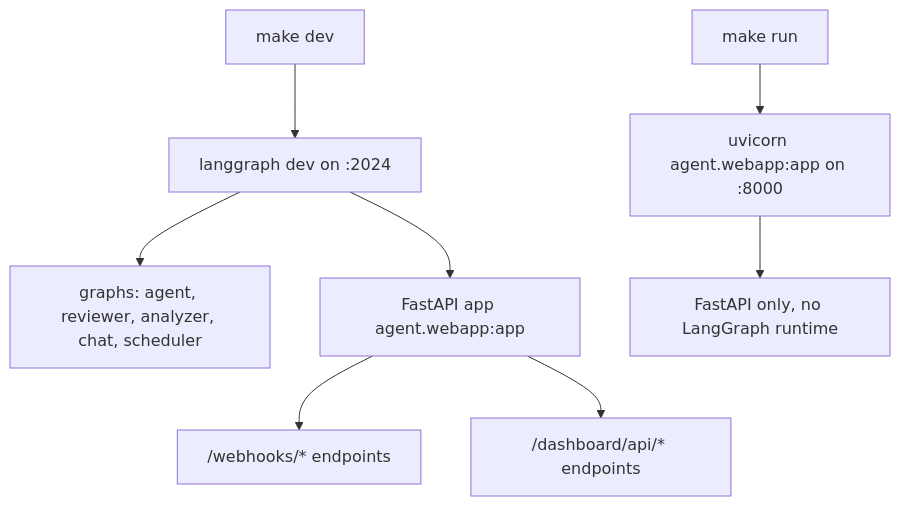
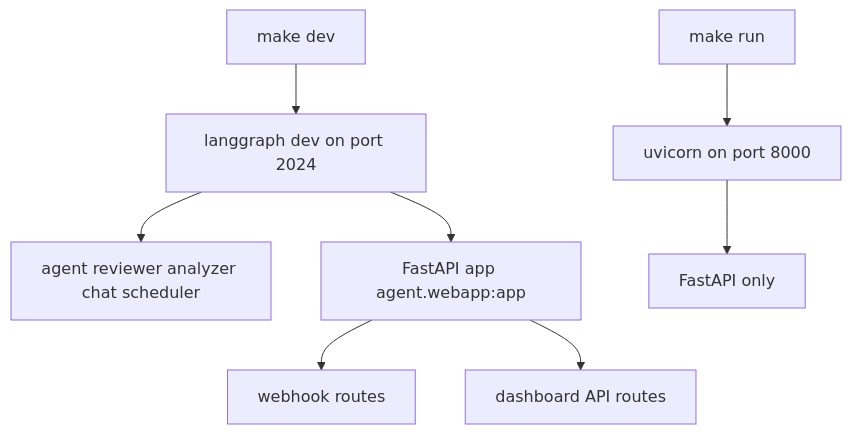
Before and after one commit to langchain-ai/open-swe: the first of 2 diagrams in openwiki/operations/deployment.md, drawn with Mermaid. The commit also changed other lines of this file and 21 other files, not shown here.

````diff
--- a/openwiki/operations/deployment.md
+++ b/openwiki/operations/deployment.md
@@ -110,10 +72,10 @@
 ```mermaid
 flowchart TD
-  Dev["make dev"] --> LG["langgraph dev on :2024"]
-  LG --> Graphs["graphs: agent, reviewer, analyzer, chat, scheduler"]
-  LG --> API["FastAPI app agent.webapp:app"]
-  API --> Hooks["/webhooks/* endpoints"]
-  API --> Dash["/dashboard/api/* endpoints"]
-  Run["make run"] --> Uvicorn["uvicorn agent.webapp:app on :8000"]
-  Uvicorn --> APIonly["FastAPI only, no LangGraph runtime"]
+  Dev["make dev"] --> Runtime["langgraph dev on port 2024"]
+  Runtime --> Graphs["agent reviewer analyzer chat scheduler"]
+  Runtime --> App["FastAPI app agent.webapp:app"]
+  App --> Hooks["webhook routes"]
+  App --> Dashboard["dashboard API routes"]
+  Direct["make run"] --> Uvicorn["uvicorn on port 8000"]
+  Uvicorn --> HttpOnly["FastAPI only"]
 ```
````
